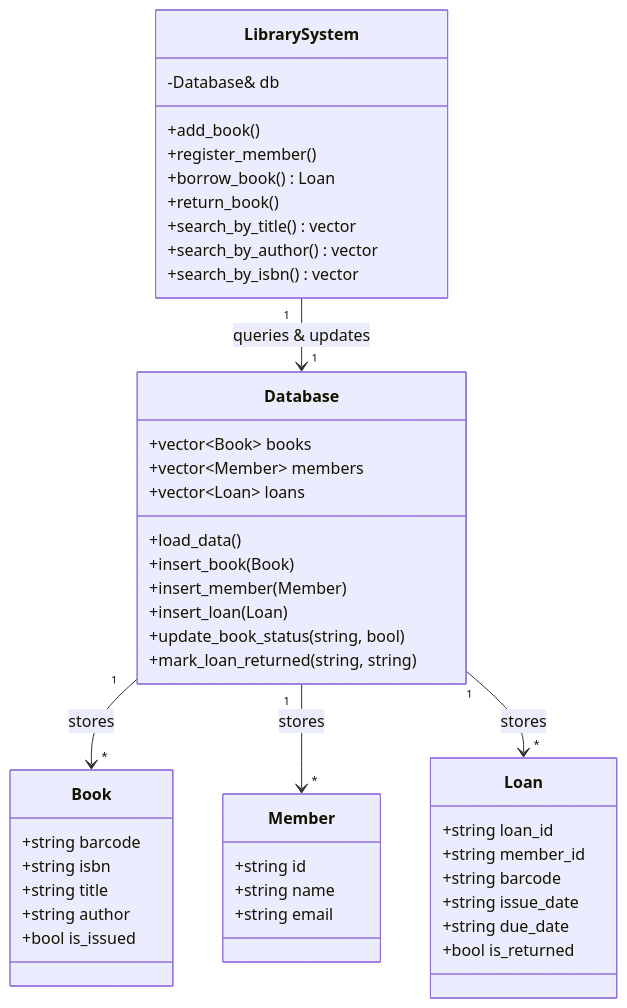
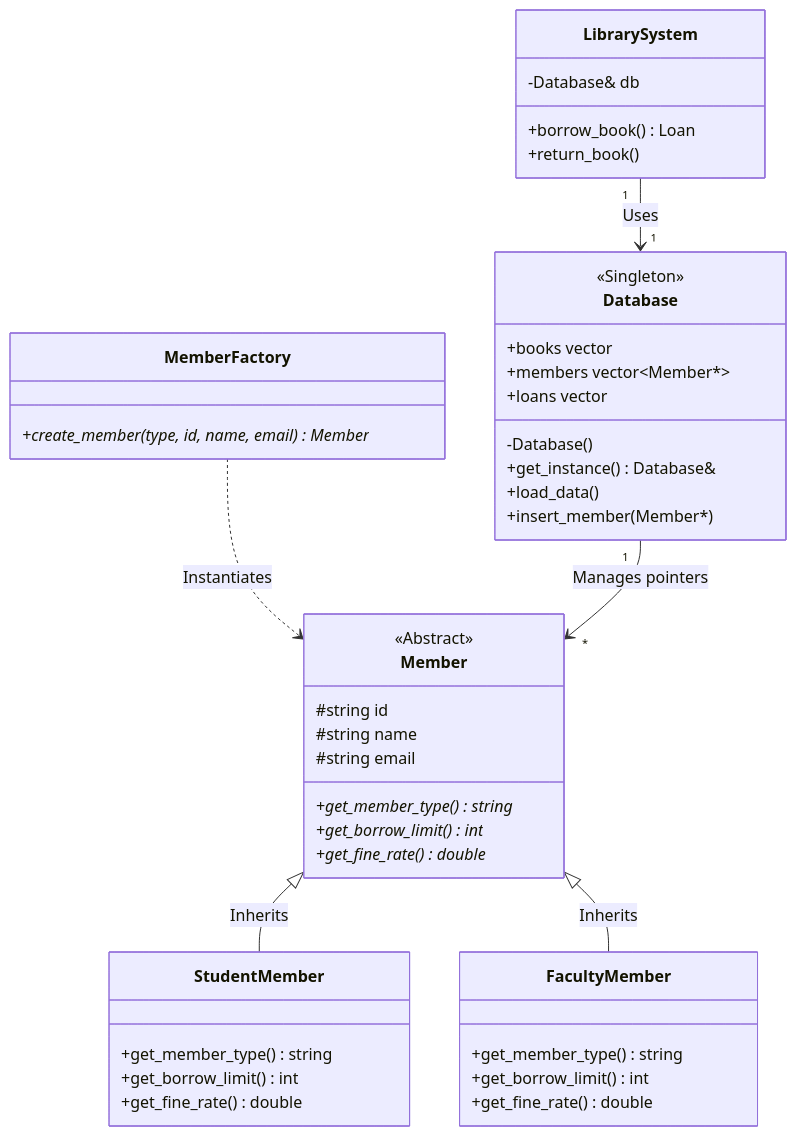
The diagram in README.md (ved-source/library-management-system), drawn with Mermaid before and after one commit. The commit also changed other lines of this file, not shown here.

````diff
--- a/README.md
+++ b/README.md
@@ -21,50 +18,47 @@
 ```mermaid
 classDiagram
     direction TB
-    class Book {
-        +string barcode
-        +string isbn
-        +string title
-        +string author
-        +bool is_issued
+    class Member {
+        <<Abstract>>
+        #string id
+        #string name
+        #string email
+        +get_member_type()* string
+        +get_borrow_limit()* int
+        +get_fine_rate()* double
     }
-    class Member {
-        +string id
-        +string name
-        +string email
+    class StudentMember {
+        +get_member_type() string
+        +get_borrow_limit() int
+        +get_fine_rate() double
     }
-    class Loan {
-        +string loan_id
-        +string member_id
-        +string barcode
-        +string issue_date
-        +string due_date
-        +bool is_returned
+    class FacultyMember {
+        +get_member_type() string
+        +get_borrow_limit() int
+        +get_fine_rate() double
+    }
+    class MemberFactory {
+        +create_member(type, id, name, email) Member*
     }
     class Database {
-        +vector~Book~ books
-        +vector~Member~ members
-        +vector~Loan~ loans
+        <<Singleton>>
+        -Database()
+        +get_instance() Database&
+        +books vector
+        +members vector~Member*~
+        +loans vector
         +load_data()
-        +insert_book(Book)
-        +insert_member(Member)
-        +insert_loan(Loan)
-        +update_book_status(string, bool)
-        +mark_loan_returned(string, string)
+        +insert_member(Member*)
     }
     class LibrarySystem {
         -Database& db
-        +add_book()
-        +register_member()
         +borrow_book() Loan
         +return_book()
-        +search_by_title() vector
-        +search_by_author() vector
-        +search_by_isbn() vector
     }
 
-    Database "1" --> "*" Book : stores
-    Database "1" --> "*" Member : stores
-    Database "1" --> "*" Loan : stores
-    LibrarySystem "1" --> "1" Database : queries & updates
+    Member <|-- StudentMember : Inherits
+    Member <|-- FacultyMember : Inherits
+    MemberFactory ..> Member : Instantiates
+    Database "1" --> "*" Member : Manages pointers
+    LibrarySystem "1" --> "1" Database : Uses
 ```
````
